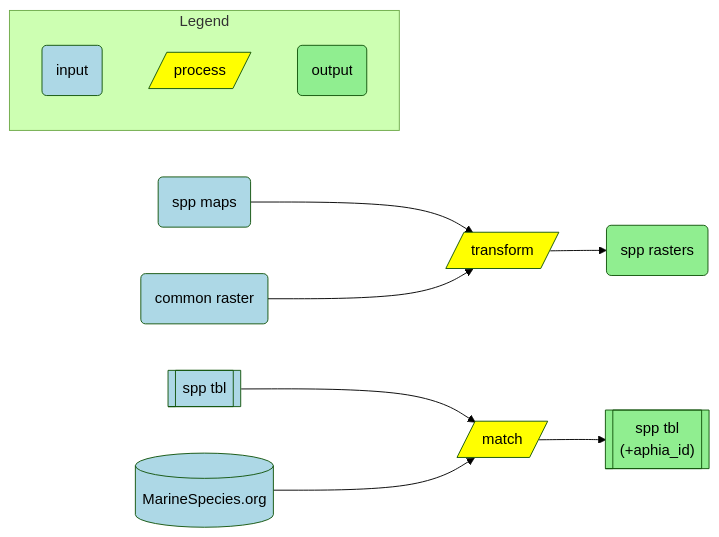
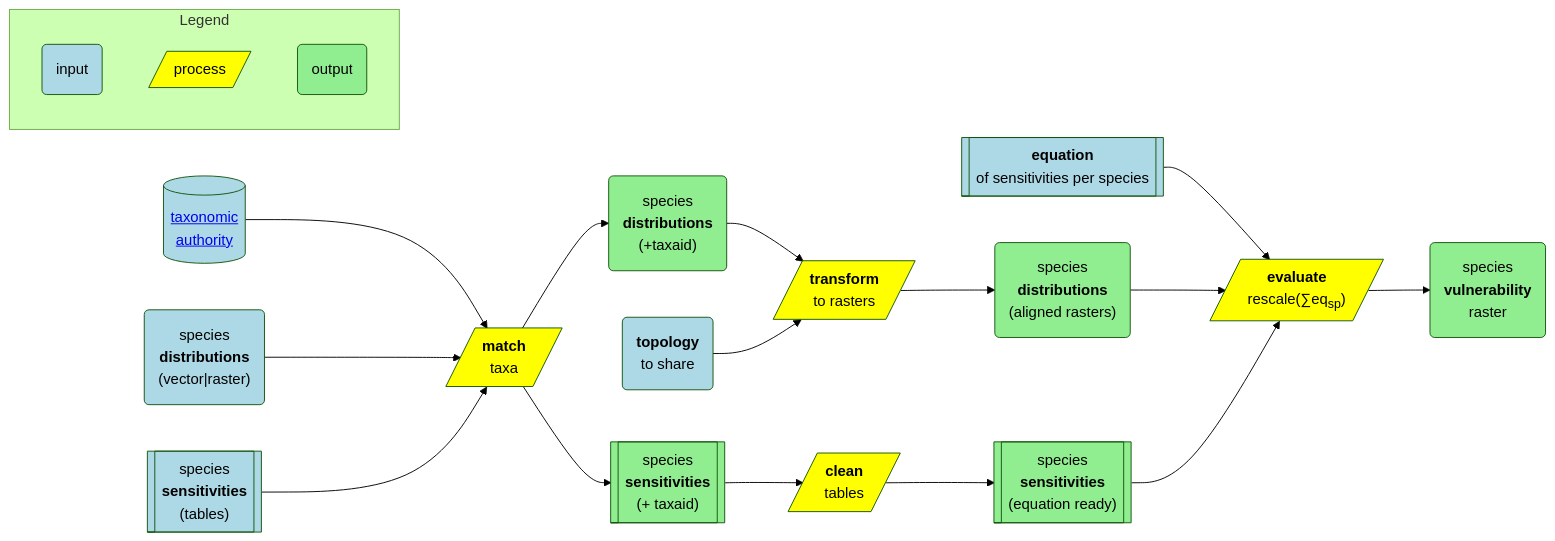
Before and after one commit to MarineSensitivity/docs: the diagram in diagrams/process.mmd, drawn with Mermaid (forest theme). The commit also changed 13 other files, not shown here.

Commit message:
diagrams: ∆process, +raster,vector; renv -> setup-r-dependencies@v2

```diff
--- a/diagrams/process.mmd
+++ b/diagrams/process.mmd
@@ -1,34 +1,48 @@
 flowchart LR
 
   %% nodes
-  sm("spp maps"):::in
-  st[[spp tbl]]:::in
-  ms[("MarineSpecies.org")]:::in
-  mt[/match/]:::fxn
-  st2[["spp tbl <br>(+aphia_id)"]]:::out
-  tx[/transform/]:::fxn
-  cg("common raster"):::in
-  sr("spp rasters"):::out
+  ta[("<a href='https://docs.ropensci.org/taxize/articles/datasources.html'>taxonomic<br>authority</a>")]:::in
+  sd("species<br><b>distributions</b><br>(vector|raster)"):::in
+  sdm("species<br><b>distributions</b><br>(+taxaid)"):::out
+  sdmt("species<br><b>distributions</b><br>(aligned rasters)"):::out
+  sdmte("species<br><b>vulnerability</b><br>raster"):::out
+  ct("<b>topology</b><br>to share<br>"):::in
+  st[["species<br><b>sensitivities</b><br>(tables)"]]:::in
+  stm[["species<br><b>sensitivities</b><br>(+ taxaid)"]]:::out
+  stmc[["species<br><b>sensitivities</b><br>(equation ready)"]]:::out
+  eq[["<b>equation</b><br>of sensitivities per species"]]:::in
+  m[/"<b>match</b><br>taxa"/]:::fxn
+  t[/"<b>transform</b><br>to rasters"/]:::fxn
+  c[/"<b>clean</b><br>tables"/]:::fxn
+  e[/"<b>evaluate</b><br>rescale(&sum;eq<sub>sp</sub>)"/]:::fxn
 
   %% edges
-  st  --> mt
-  ms  --> mt
-  mt  --> st2
-  sm  --> tx
-  cg  --> tx
-  tx  --> sr
+  ta   --> m
+  sd   --> m
+  st   --> m
+  m    --> sdm
+  m    --> stm
+  sdm  --> t
+  ct   --> t
+  t    --> sdmt
+  stm  --> c
+  c    --> stmc
+  eq   --> e
+  sdmt --> e
+  stmc --> e
+  e    --> sdmte
 
   %% Legend
   in(input):::in
   fxn[/process/]:::fxn
   out(output):::out
   subgraph Legend
     in
     fxn
     out
   end
 
   %% styles
   classDef in  fill:lightblue
   classDef out fill:lightgreen
   classDef fxn fill:yellow
```
